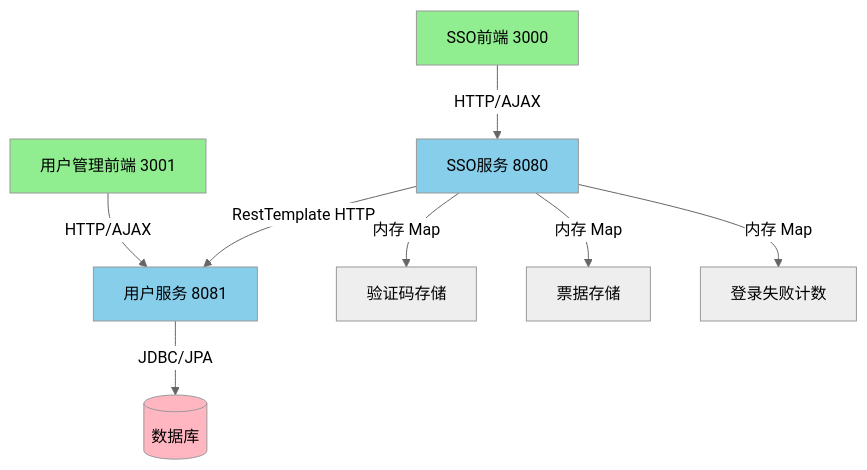
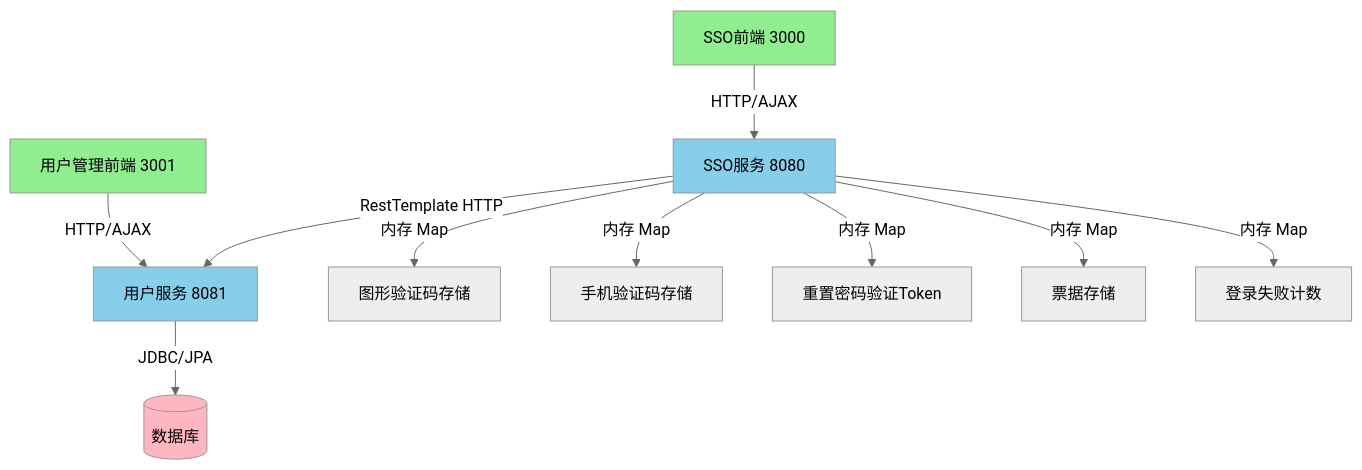
Diagram 11 of 11 in BUSINESS_FLOW.md (wb31105/zqzl-traecn), drawn with Mermaid (neutral theme) before and after one commit. The commit also changed other lines of this file and 16 other files, not shown here.

````diff
--- a/BUSINESS_FLOW.md
+++ b/BUSINESS_FLOW.md
@@ -563,19 +631,21 @@
 ```mermaid
 graph TD
     SSO_Web[SSO前端 3000] -->|HTTP/AJAX| SSO_Server[SSO服务 8080]
     User_Web[用户管理前端 3001] -->|HTTP/AJAX| User_Server[用户服务 8081]
     
     SSO_Server -->|RestTemplate HTTP| User_Server
     
-    SSO_Server -->|内存 Map| CAPTCHA[验证码存储]
+    SSO_Server -->|内存 Map| CAPTCHA[图形验证码存储]
+    SSO_Server -->|内存 Map| VERIFICATION_CODE[手机验证码存储]
+    SSO_Server -->|内存 Map| VERIFY_TOKEN[重置密码验证Token]
     SSO_Server -->|内存 Map| TICKET[票据存储]
     SSO_Server -->|内存 Map| ATTEMPTS[登录失败计数]
     
     User_Server -->|JDBC/JPA| DB[(数据库)]
     
     style SSO_Web fill:#90EE90
     style User_Web fill:#90EE90
     style SSO_Server fill:#87CEEB
     style User_Server fill:#87CEEB
     style DB fill:#FFB6C1
 ```
````
